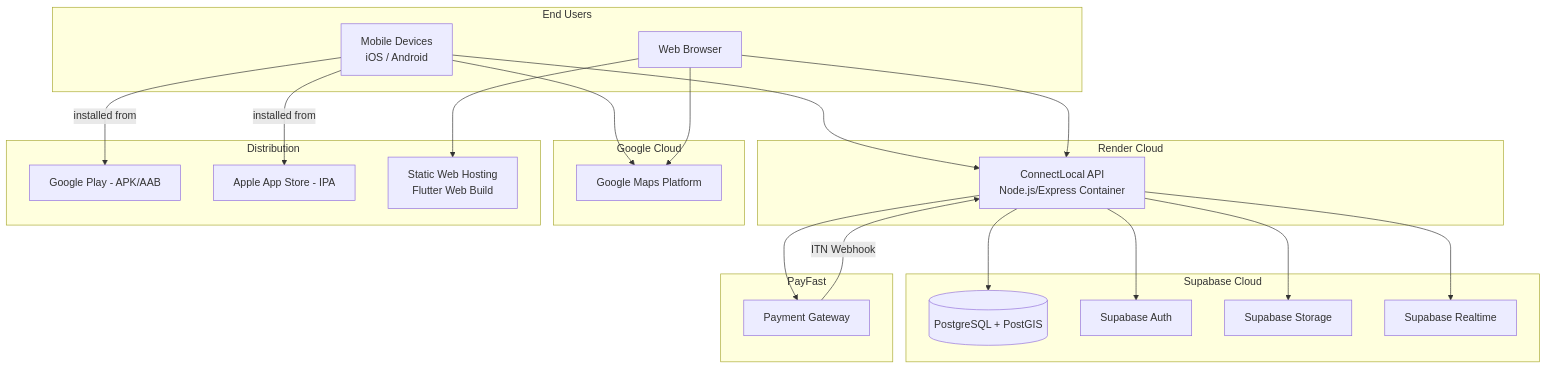
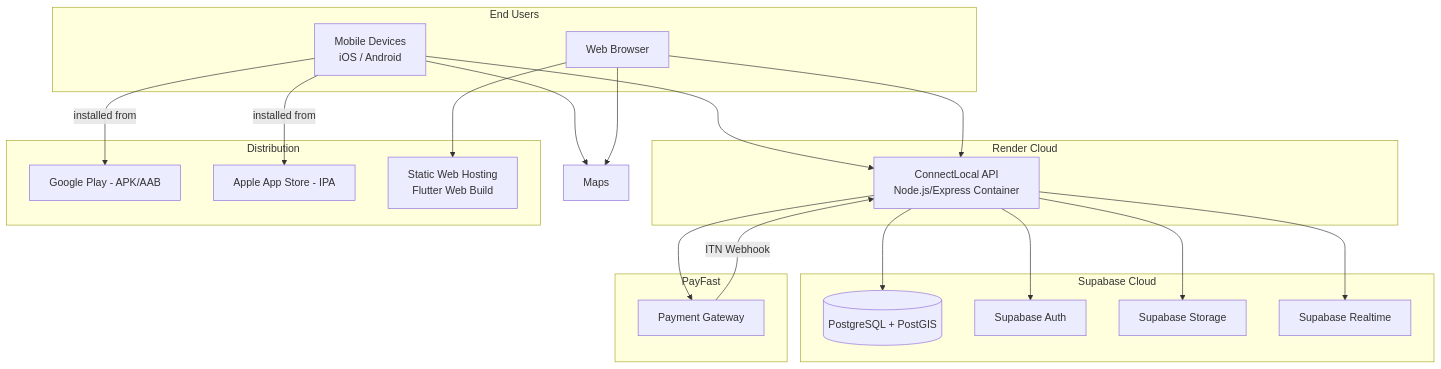
Before and after one commit to Katlegomalema/connectlocal: the first of 2 diagrams in docs/architecture/Deployment-Architecture.md, drawn with Mermaid. The commit also changed 378 other files, not shown here.

````diff
--- a/docs/architecture/Deployment-Architecture.md
+++ b/docs/architecture/Deployment-Architecture.md
@@ -16,46 +16,42 @@
 ```mermaid
 flowchart TB
     subgraph Users["End Users"]
         Mobile[Mobile Devices<br/>iOS / Android]
         Browser[Web Browser]
     end
 
     subgraph RenderCloud["Render Cloud"]
         API[ConnectLocal API<br/>Node.js/Express Container]
     end
 
     subgraph SupabaseCloud["Supabase Cloud"]
         DB[(PostgreSQL + PostGIS)]
         Auth[Supabase Auth]
         Storage[Supabase Storage]
         Realtime[Supabase Realtime]
-    end
-
-    subgraph GoogleCloud["Google Cloud"]
-        Maps[Google Maps Platform]
     end
 
     subgraph PayFastCloud["PayFast"]
         PF[Payment Gateway]
     end
 
     subgraph AppStores["Distribution"]
         PlayStore[Google Play - APK/AAB]
         AppStore[Apple App Store - IPA]
         WebHost[Static Web Hosting<br/>Flutter Web Build]
     end
 
     Mobile -->|installed from| PlayStore
     Mobile -->|installed from| AppStore
     Browser --> WebHost
     Mobile --> API
     Browser --> API
     API --> DB
     API --> Auth
     API --> Storage
     API --> Realtime
     API --> PF
     Mobile --> Maps
     Browser --> Maps
     PF -->|ITN Webhook| API
 ```
````
